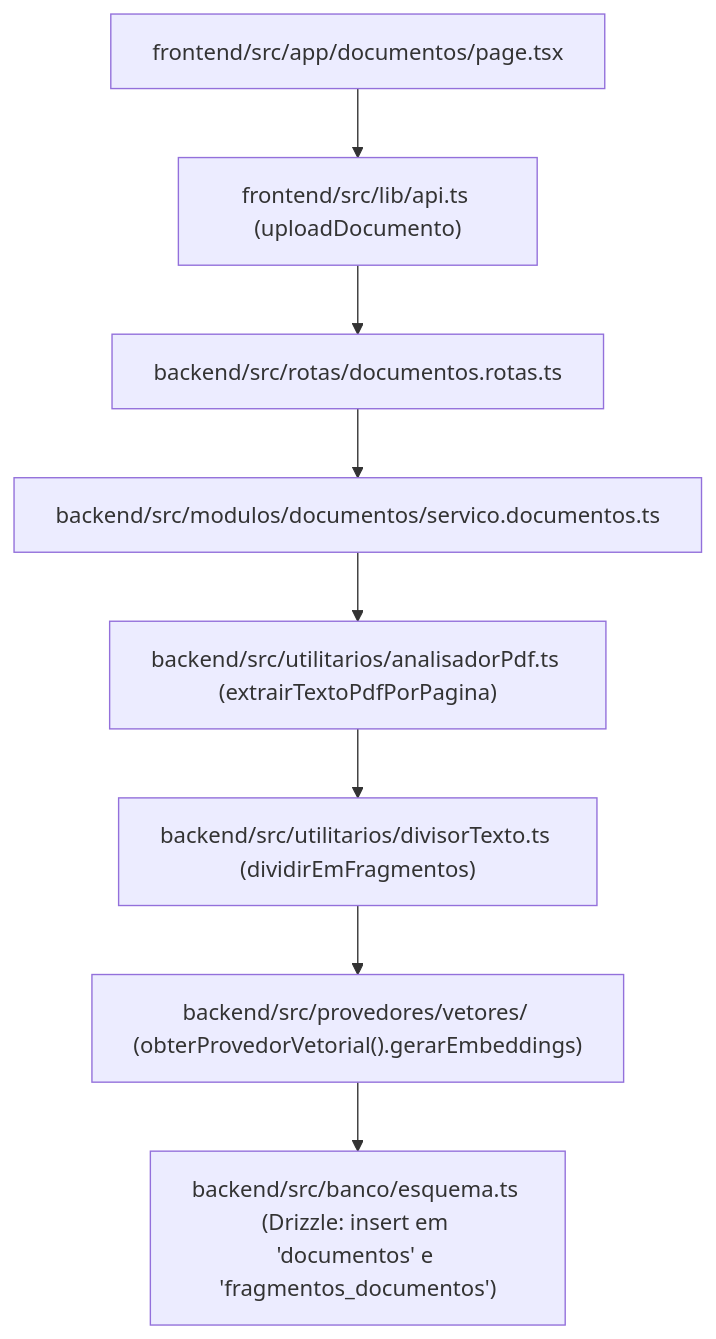
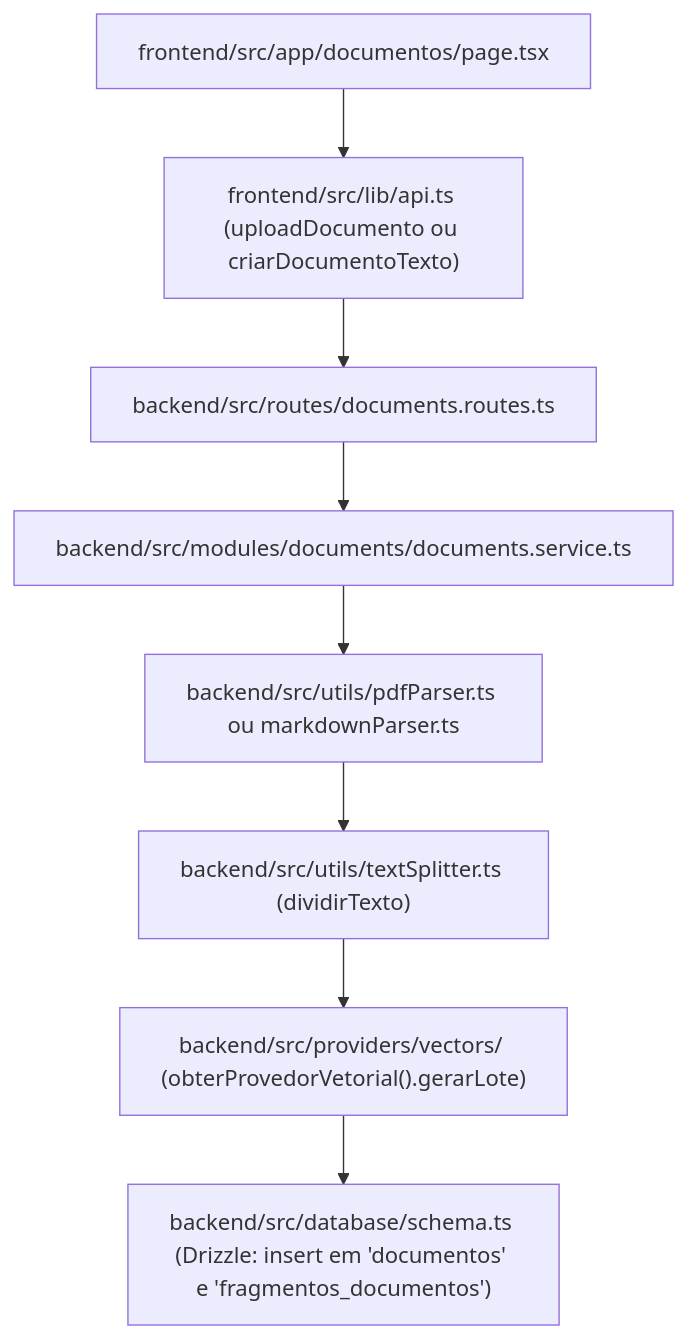
Before and after one commit to MatheusRafaDev/doc-mind: the second of 4 diagrams in docs/MAPA_DE_EXECUCAO.md, drawn with Mermaid. The commit also changed other lines of this file and 65 other files, not shown here.

Commit message:
refactor: padroniza nomes de arquivos e pastas para o padrao internacional em ingles (config, database, modules, routes, providers, utils, components, types)

````diff
--- a/docs/MAPA_DE_EXECUCAO.md
+++ b/docs/MAPA_DE_EXECUCAO.md
@@ -79,10 +77,10 @@
 ```mermaid
 flowchart TD
-    UI["frontend/src/app/documentos/page.tsx"] --> API["frontend/src/lib/api.ts (uploadDocumento)"]
-    API --> ROTA["backend/src/rotas/documentos.rotas.ts"]
-    ROTA --> SERV["backend/src/modulos/documentos/servico.documentos.ts"]
-    SERV --> PARSER["backend/src/utilitarios/analisadorPdf.ts (extrairTextoPdfPorPagina)"]
-    PARSER --> CHUNK["backend/src/utilitarios/divisorTexto.ts (dividirEmFragmentos)"]
-    CHUNK --> VETOR["backend/src/provedores/vetores/ (obterProvedorVetorial().gerarEmbeddings)"]
-    VETOR --> DB["backend/src/banco/esquema.ts (Drizzle: insert em 'documentos' e 'fragmentos_documentos')"]
+    UI["frontend/src/app/documentos/page.tsx"] --> API["frontend/src/lib/api.ts (uploadDocumento ou criarDocumentoTexto)"]
+    API --> ROTA["backend/src/routes/documents.routes.ts"]
+    ROTA --> SERV["backend/src/modules/documents/documents.service.ts"]
+    SERV --> PARSER["backend/src/utils/pdfParser.ts ou markdownParser.ts"]
+    PARSER --> CHUNK["backend/src/utils/textSplitter.ts (dividirTexto)"]
+    CHUNK --> VETOR["backend/src/providers/vectors/ (obterProvedorVetorial().gerarLote)"]
+    VETOR --> DB["backend/src/database/schema.ts (Drizzle: insert em 'documentos' e 'fragmentos_documentos')"]
 ```
````
